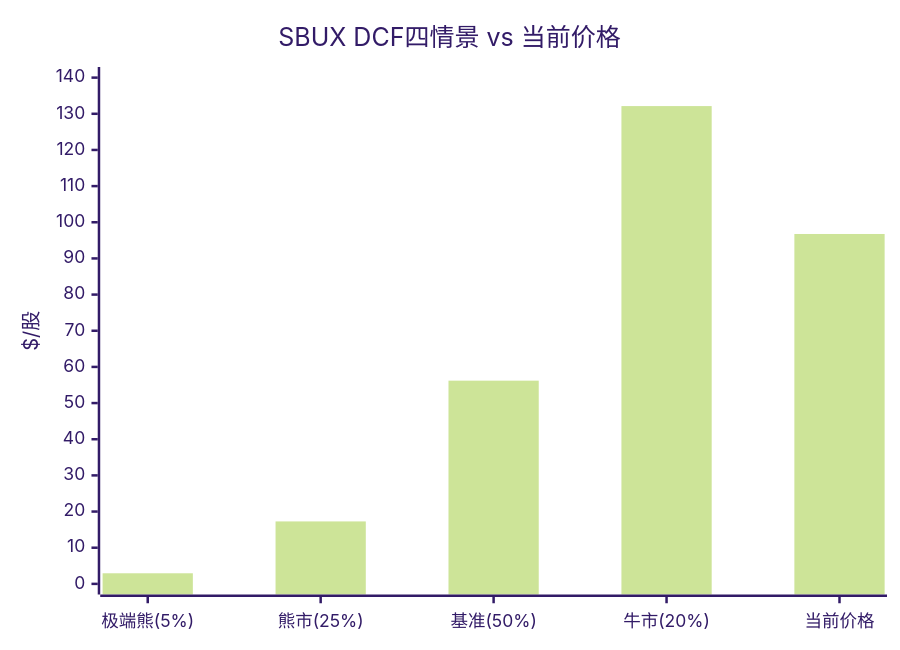
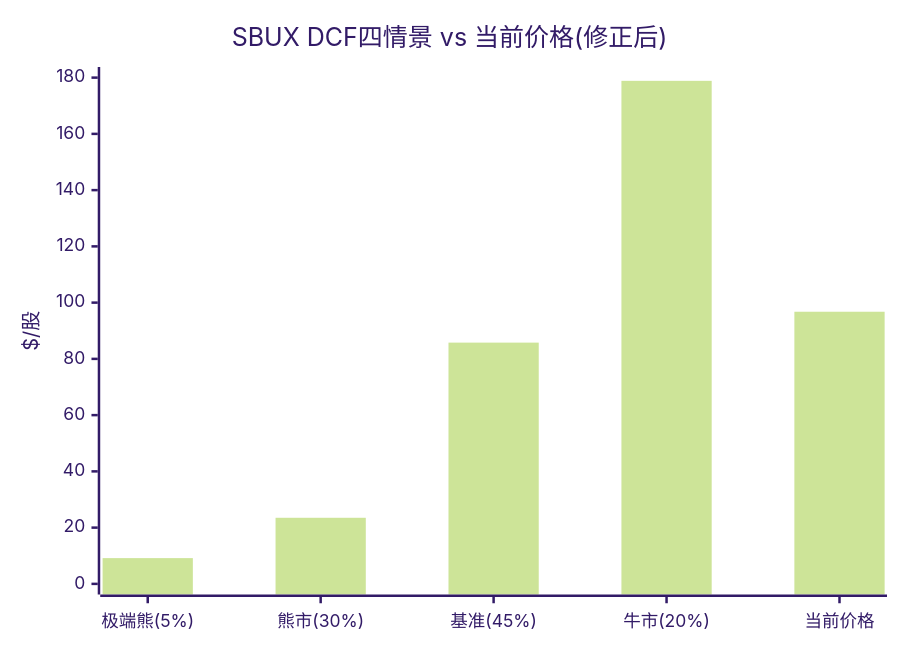
One commit to miltonnewyork25-afk/investment-master changed the first of 2 diagrams in reports/SBUX/staging/P3_Ch15_forward_dcf.md. Above: the diagram before and after it, drawn with Mermaid (forest theme). The commit also changed other lines of this file and 7 other files, not shown here.

````diff
--- a/reports/SBUX/staging/P3_Ch15_forward_dcf.md
+++ b/reports/SBUX/staging/P3_Ch15_forward_dcf.md
@@ -116,7 +116,7 @@
 ```mermaid
 xychart-beta
-    title "SBUX DCF四情景 vs 当前价格"
-    x-axis ["极端熊(5%)", "熊市(25%)", "基准(50%)", "牛市(20%)", "当前价格"]
-    y-axis "$/股" 0 --> 140
-    bar [2.93, 17.27, 56.20, 132.13, 96.76]
+    title "SBUX DCF四情景 vs 当前价格(修正后)"
+    x-axis ["极端熊(5%)", "熊市(30%)", "基准(45%)", "牛市(20%)", "当前价格"]
+    y-axis "$/股" 0 --> 180
+    bar [9.16, 23.50, 85.78, 178.86, 96.76]
 ```
````
